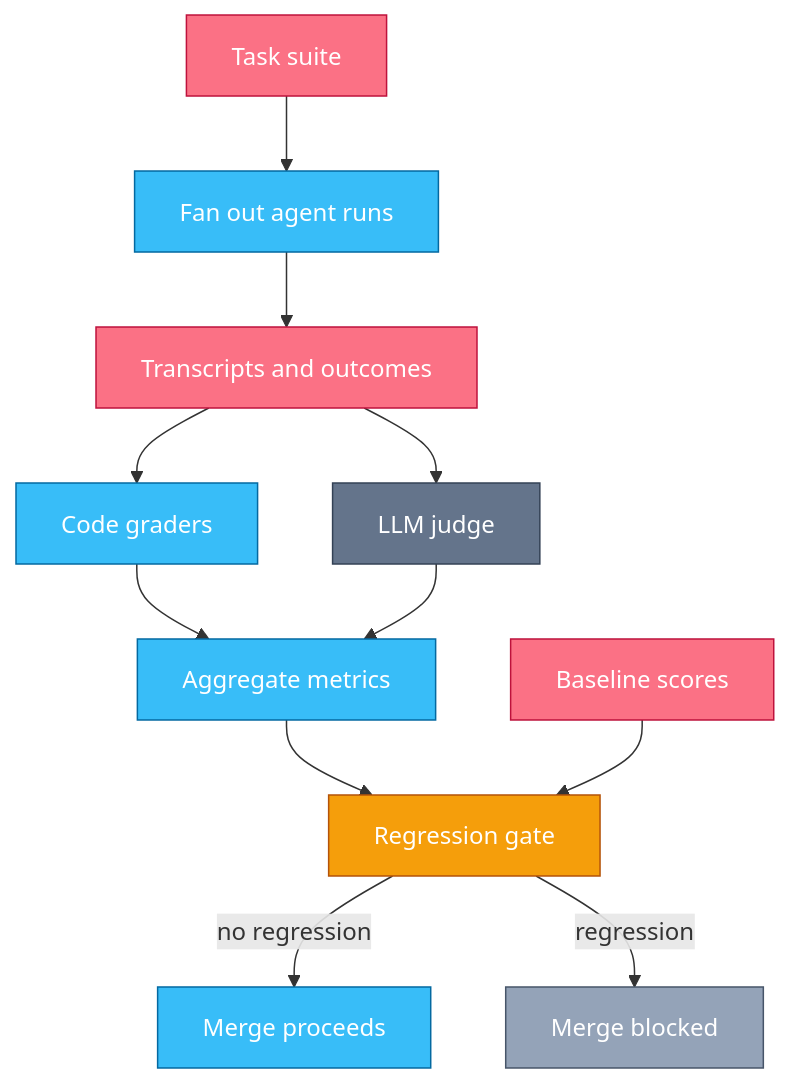
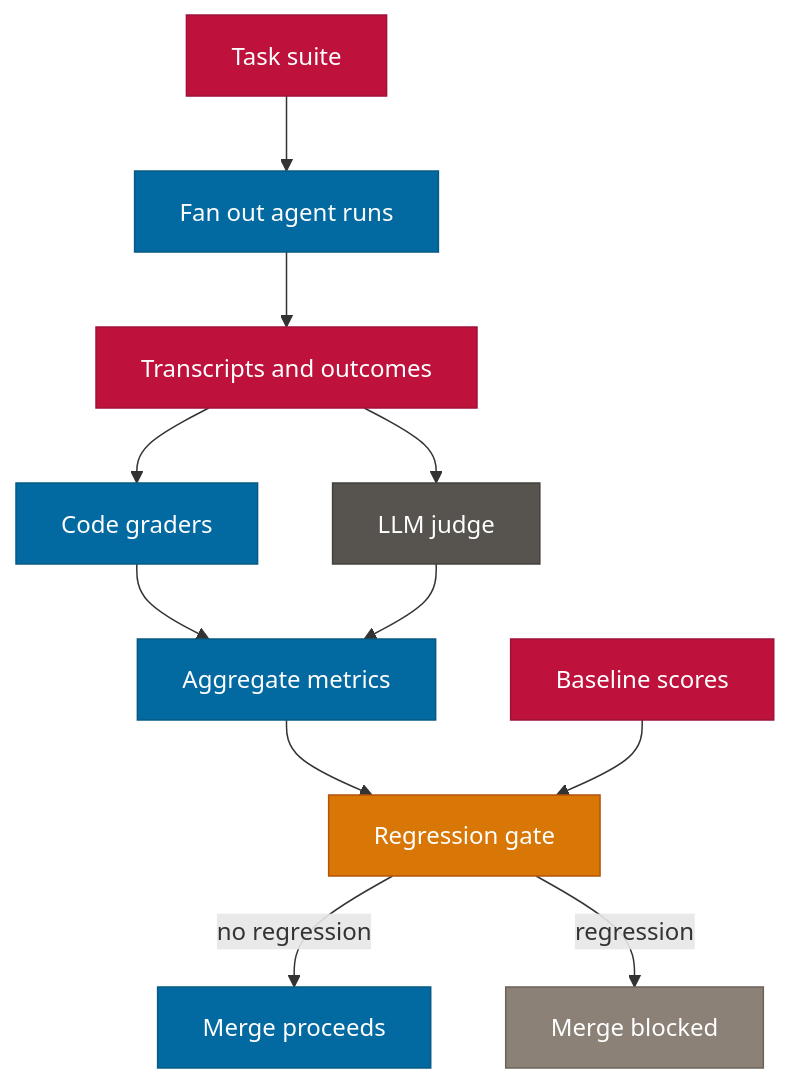
Before and after one commit to sanketsudake/agentic-engineering: the first of 2 diagrams in chapters/ch10.md, drawn with Mermaid. The commit also changed 23 other files, not shown here.

````diff
--- a/chapters/ch10.md
+++ b/chapters/ch10.md
@@ -173,23 +173,23 @@
 ```mermaid
 flowchart TD
   SUITE[Task suite] --> FAN[Fan out agent runs]
   FAN --> TRX[Transcripts and outcomes]
   TRX --> CG[Code graders]
   TRX --> LJ[LLM judge]
   CG --> AGG[Aggregate metrics]
   LJ --> AGG
   AGG --> GATE[Regression gate]
   BASE[Baseline scores] --> GATE
   GATE -->|no regression| PASS[Merge proceeds]
   GATE -->|regression| BLOCK[Merge blocked]
-  classDef process fill:#38bdf8,stroke:#0369a1,color:#fff
-  classDef lease fill:#f59e0b,stroke:#b45309,color:#fff
-  classDef resource fill:#fb7185,stroke:#be123c,color:#fff
-  classDef external fill:#64748b,stroke:#334155,color:#fff
-  classDef standby fill:#94a3b8,stroke:#475569,color:#fff
+  classDef process fill:#0369A1,stroke:#075985,color:#fff
+  classDef lease fill:#D97706,stroke:#B45309,color:#fff
+  classDef resource fill:#BE123C,stroke:#9F1239,color:#fff
+  classDef external fill:#57534E,stroke:#44403C,color:#fff
+  classDef standby fill:#8B8177,stroke:#6B6259,color:#fff
   class FAN,CG,AGG,PASS process
   class GATE lease
   class SUITE,TRX,BASE resource
   class LJ external
   class BLOCK standby
 ```
````
